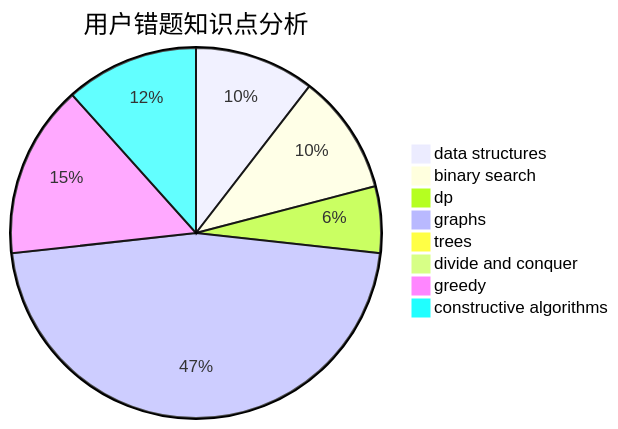
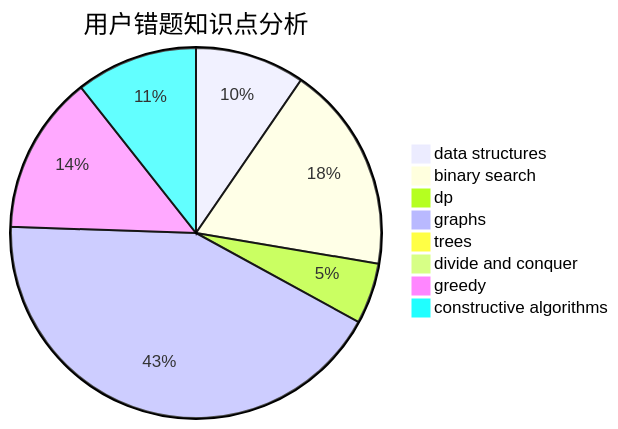
Before and after one commit to sherpahu/cfrs.github.io: the third of 3 diagrams in docs/user/u1590.md, drawn with Mermaid. The commit also changed other lines of this file and 2770 other files, not shown here.

````diff
--- a/docs/user/u1590.md
+++ b/docs/user/u1590.md
@@ -36,11 +36,11 @@
 ```mermaid
 pie title 用户错题知识点分析
     "data structures" :  9
-    "binary search" :  9
+    "binary search" :  17
     "dp" :  5
     "graphs" :  40
     "trees" :  0
     "divide and conquer" :  0
     "greedy" :  13
     "constructive algorithms" :  10
 ```
````
